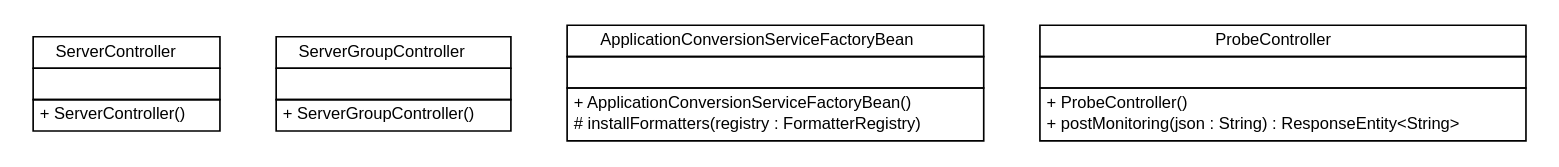
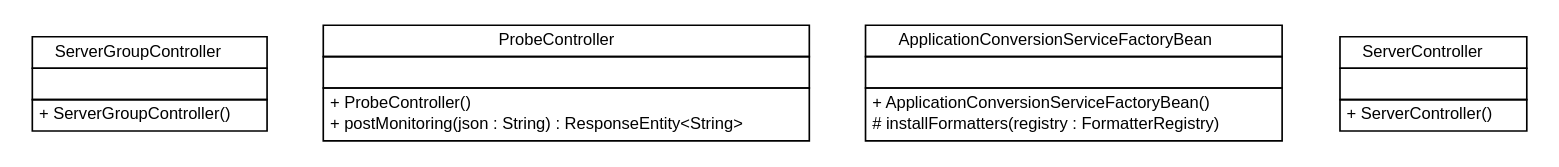
One commit to serene-project/serene-collector changed the diagram in apidocs/net/sereneproject/collector/web/net.sereneproject.collector.web.dot. Above: the diagram before and after it, drawn with Graphviz. The commit also changed 329 other files, not shown here.

```diff
--- a/apidocs/net/sereneproject/collector/web/net.sereneproject.collector.web.dot
+++ b/apidocs/net/sereneproject/collector/web/net.sereneproject.collector.web.dot
@@ -1,62 +1,62 @@
 #!/usr/local/bin/dot
 #
 # Class diagram 
 # Generated by UMLGraph version 5.1 (http://www.umlgraph.org/)
 #
 
 digraph G {
 	edge [fontname="Helvetica",fontsize=10,labelfontname="Helvetica",labelfontsize=10];
 	node [fontname="Helvetica",fontsize=10,shape=plaintext];
 	nodesep=0.25;
 	ranksep=0.5;
-	// net.sereneproject.collector.web.ServerController
-	c0 [label=<<table title="net.sereneproject.collector.web.ServerController" border="0" cellborder="1" cellspacing="0" cellpadding="2" port="p" href="./ServerController.html">
-		<tr><td><table border="0" cellspacing="0" cellpadding="1">
-<tr><td align="center" balign="center"> ServerController </td></tr>
-		</table></td></tr>
-		<tr><td><table border="0" cellspacing="0" cellpadding="1">
-<tr><td align="left" balign="left">  </td></tr>
-		</table></td></tr>
-		<tr><td><table border="0" cellspacing="0" cellpadding="1">
-<tr><td align="left" balign="left"> + ServerController() </td></tr>
-		</table></td></tr>
-		</table>>, fontname="Helvetica", fontcolor="black", fontsize=10.0];
 	// net.sereneproject.collector.web.ServerGroupController
-	c1 [label=<<table title="net.sereneproject.collector.web.ServerGroupController" border="0" cellborder="1" cellspacing="0" cellpadding="2" port="p" href="./ServerGroupController.html">
+	c18 [label=<<table title="net.sereneproject.collector.web.ServerGroupController" border="0" cellborder="1" cellspacing="0" cellpadding="2" port="p" href="./ServerGroupController.html">
 		<tr><td><table border="0" cellspacing="0" cellpadding="1">
 <tr><td align="center" balign="center"> ServerGroupController </td></tr>
 		</table></td></tr>
 		<tr><td><table border="0" cellspacing="0" cellpadding="1">
 <tr><td align="left" balign="left">  </td></tr>
 		</table></td></tr>
 		<tr><td><table border="0" cellspacing="0" cellpadding="1">
 <tr><td align="left" balign="left"> + ServerGroupController() </td></tr>
 		</table></td></tr>
 		</table>>, fontname="Helvetica", fontcolor="black", fontsize=10.0];
+	// net.sereneproject.collector.web.ProbeController
+	c19 [label=<<table title="net.sereneproject.collector.web.ProbeController" border="0" cellborder="1" cellspacing="0" cellpadding="2" port="p" href="./ProbeController.html">
+		<tr><td><table border="0" cellspacing="0" cellpadding="1">
+<tr><td align="center" balign="center"> ProbeController </td></tr>
+		</table></td></tr>
+		<tr><td><table border="0" cellspacing="0" cellpadding="1">
+<tr><td align="left" balign="left">  </td></tr>
+		</table></td></tr>
+		<tr><td><table border="0" cellspacing="0" cellpadding="1">
+<tr><td align="left" balign="left"> + ProbeController() </td></tr>
+<tr><td align="left" balign="left"> + postMonitoring(json : String) : ResponseEntity&lt;String&gt; </td></tr>
+		</table></td></tr>
+		</table>>, fontname="Helvetica", fontcolor="black", fontsize=10.0];
 	// net.sereneproject.collector.web.ApplicationConversionServiceFactoryBean
-	c2 [label=<<table title="net.sereneproject.collector.web.ApplicationConversionServiceFactoryBean" border="0" cellborder="1" cellspacing="0" cellpadding="2" port="p" href="./ApplicationConversionServiceFactoryBean.html">
+	c20 [label=<<table title="net.sereneproject.collector.web.ApplicationConversionServiceFactoryBean" border="0" cellborder="1" cellspacing="0" cellpadding="2" port="p" href="./ApplicationConversionServiceFactoryBean.html">
 		<tr><td><table border="0" cellspacing="0" cellpadding="1">
 <tr><td align="center" balign="center"> ApplicationConversionServiceFactoryBean </td></tr>
 		</table></td></tr>
 		<tr><td><table border="0" cellspacing="0" cellpadding="1">
 <tr><td align="left" balign="left">  </td></tr>
 		</table></td></tr>
 		<tr><td><table border="0" cellspacing="0" cellpadding="1">
 <tr><td align="left" balign="left"> + ApplicationConversionServiceFactoryBean() </td></tr>
 <tr><td align="left" balign="left"> # installFormatters(registry : FormatterRegistry) </td></tr>
 		</table></td></tr>
 		</table>>, fontname="Helvetica", fontcolor="black", fontsize=10.0];
-	// net.sereneproject.collector.web.ProbeController
-	c3 [label=<<table title="net.sereneproject.collector.web.ProbeController" border="0" cellborder="1" cellspacing="0" cellpadding="2" port="p" href="./ProbeController.html">
+	// net.sereneproject.collector.web.ServerController
+	c21 [label=<<table title="net.sereneproject.collector.web.ServerController" border="0" cellborder="1" cellspacing="0" cellpadding="2" port="p" href="./ServerController.html">
 		<tr><td><table border="0" cellspacing="0" cellpadding="1">
-<tr><td align="center" balign="center"> ProbeController </td></tr>
+<tr><td align="center" balign="center"> ServerController </td></tr>
 		</table></td></tr>
 		<tr><td><table border="0" cellspacing="0" cellpadding="1">
 <tr><td align="left" balign="left">  </td></tr>
 		</table></td></tr>
 		<tr><td><table border="0" cellspacing="0" cellpadding="1">
-<tr><td align="left" balign="left"> + ProbeController() </td></tr>
-<tr><td align="left" balign="left"> + postMonitoring(json : String) : ResponseEntity&lt;String&gt; </td></tr>
+<tr><td align="left" balign="left"> + ServerController() </td></tr>
 		</table></td></tr>
 		</table>>, fontname="Helvetica", fontcolor="black", fontsize=10.0];
 }
```
